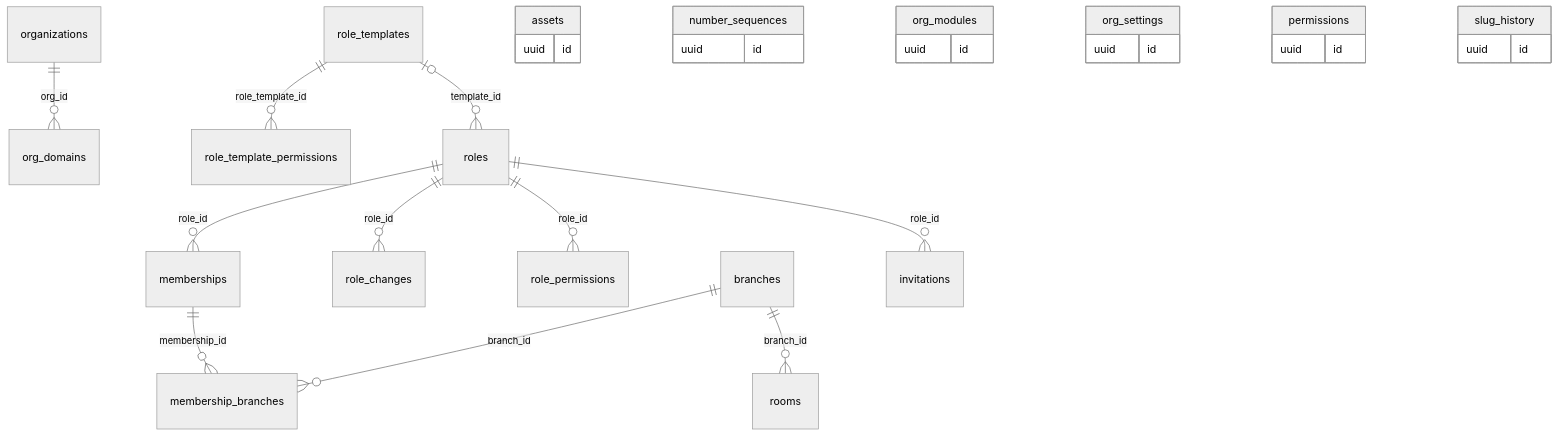
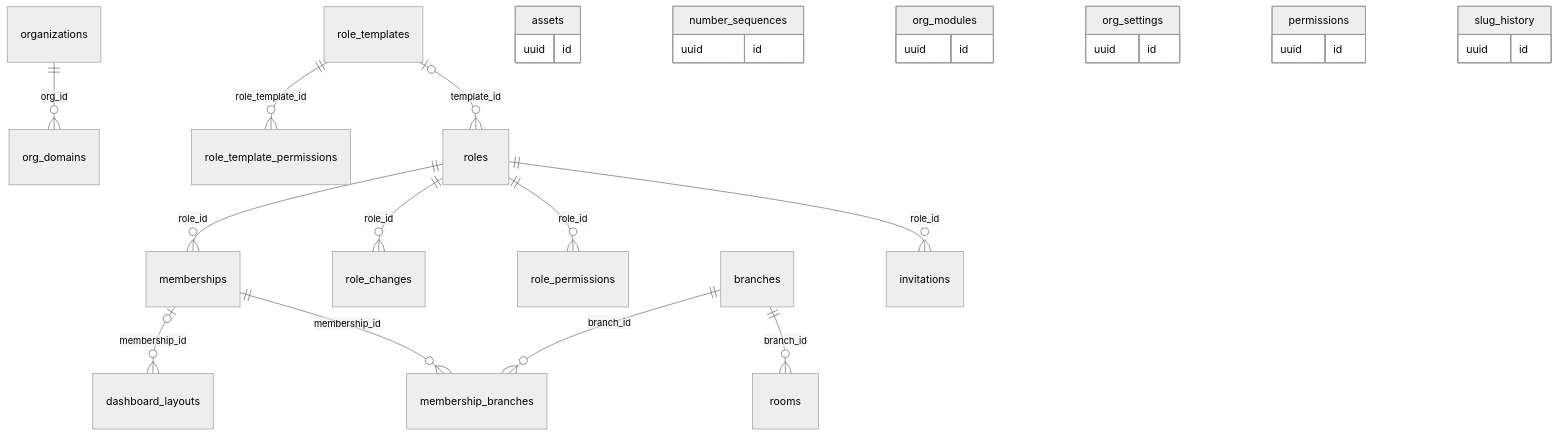
One commit to sakalyatechnologies/aarogyam changed the fourth of 13 diagrams in docs/database.md. Above: the diagram before and after it, drawn with Mermaid (neutral theme). The commit also changed other lines of this file and 21 other files, not shown here.

First line of the commit message:
feat(api): dashboard layouts per member and clinic

````diff
--- a/docs/database.md
+++ b/docs/database.md
@@ -520,31 +520,32 @@
 ```mermaid
 erDiagram
   organizations ||--o{ org_domains : "org_id"
   branches ||--o{ rooms : "branch_id"
   role_templates ||--o{ role_template_permissions : "role_template_id"
   role_templates |o--o{ roles : "template_id"
   roles ||--o{ role_changes : "role_id"
   roles ||--o{ role_permissions : "role_id"
   roles ||--o{ memberships : "role_id"
+  memberships |o--o{ dashboard_layouts : "membership_id"
   memberships ||--o{ membership_branches : "membership_id"
   branches ||--o{ membership_branches : "branch_id"
   roles ||--o{ invitations : "role_id"
   assets {
     uuid id
   }
   number_sequences {
     uuid id
   }
   org_modules {
     uuid id
   }
   org_settings {
     uuid id
   }
   permissions {
     uuid id
   }
   slug_history {
     uuid id
   }
 ```
````
